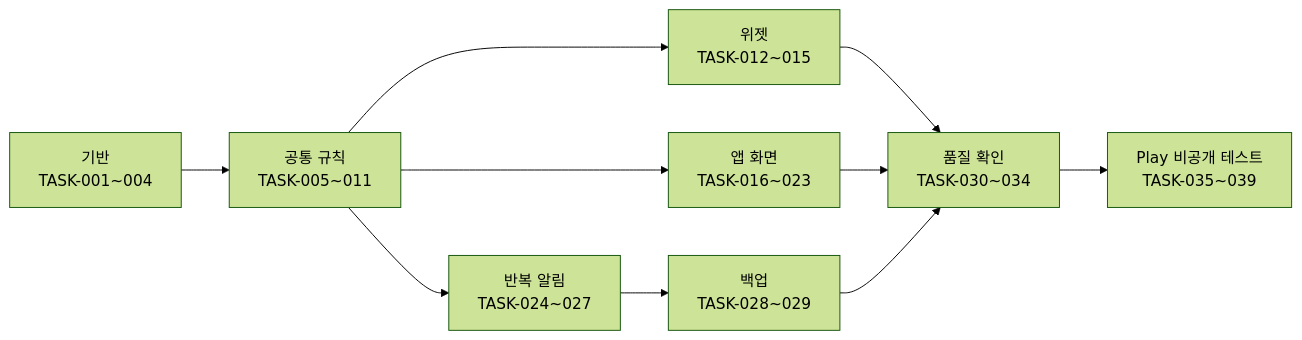
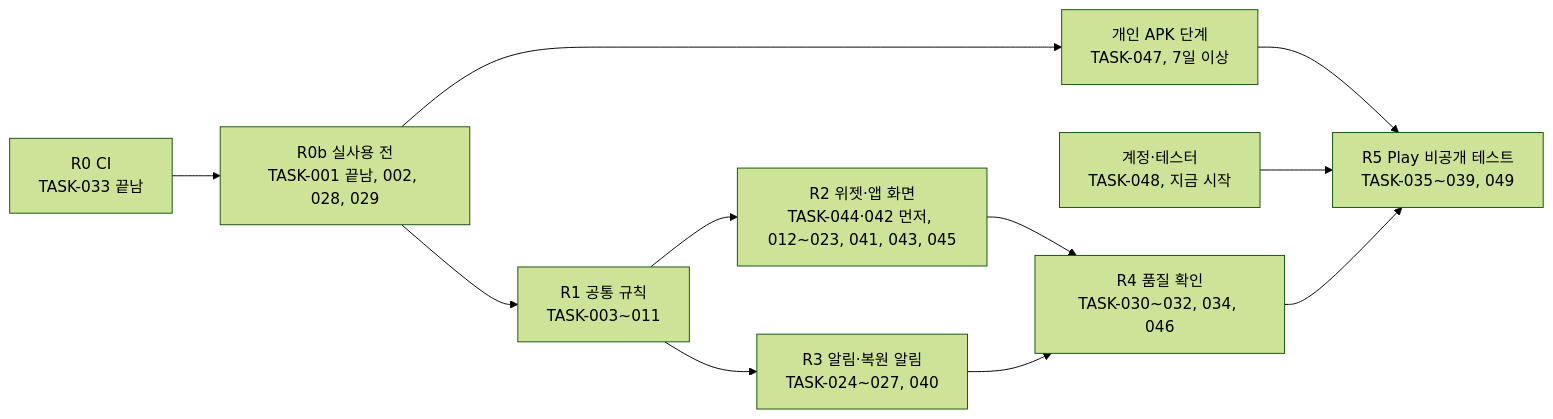
One commit to judangbang-ops/pillbadeum_release changed the diagram in docs/08-wbs/wbs.md. Above: the diagram before and after it, drawn with Mermaid (forest theme). The commit also changed other lines of this file and 7 other files, not shown here.

````diff
--- a/docs/08-wbs/wbs.md
+++ b/docs/08-wbs/wbs.md
@@ -109,12 +128,13 @@
 ```mermaid
 flowchart LR
-    A["기반<br/>TASK-001~004"] --> B["공통 규칙<br/>TASK-005~011"]
-    B --> C["위젯<br/>TASK-012~015"]
-    B --> D["앱 화면<br/>TASK-016~023"]
-    B --> E["반복 알림<br/>TASK-024~027"]
-    E --> F["백업<br/>TASK-028~029"]
-    C --> G["품질 확인<br/>TASK-030~034"]
-    D --> G
-    F --> G
-    G --> H["Play 비공개 테스트<br/>TASK-035~039"]
+    R0["R0 CI<br/>TASK-033 끝남"] --> R0b["R0b 실사용 전<br/>TASK-001 끝남, 002, 028, 029"]
+    R0b --> P["개인 APK 단계<br/>TASK-047, 7일 이상"]
+    R0b --> R1["R1 공통 규칙<br/>TASK-003~011"]
+    R1 --> R2["R2 위젯·앱 화면<br/>TASK-044·042 먼저, 012~023, 041, 043, 045"]
+    R1 --> R3["R3 알림·복원 알림<br/>TASK-024~027, 040"]
+    R2 --> R4["R4 품질 확인<br/>TASK-030~032, 034, 046"]
+    R3 --> R4
+    P --> R5
+    A["계정·테스터<br/>TASK-048, 지금 시작"] --> R5
+    R4 --> R5["R5 Play 비공개 테스트<br/>TASK-035~039, 049"]
 ```
````
